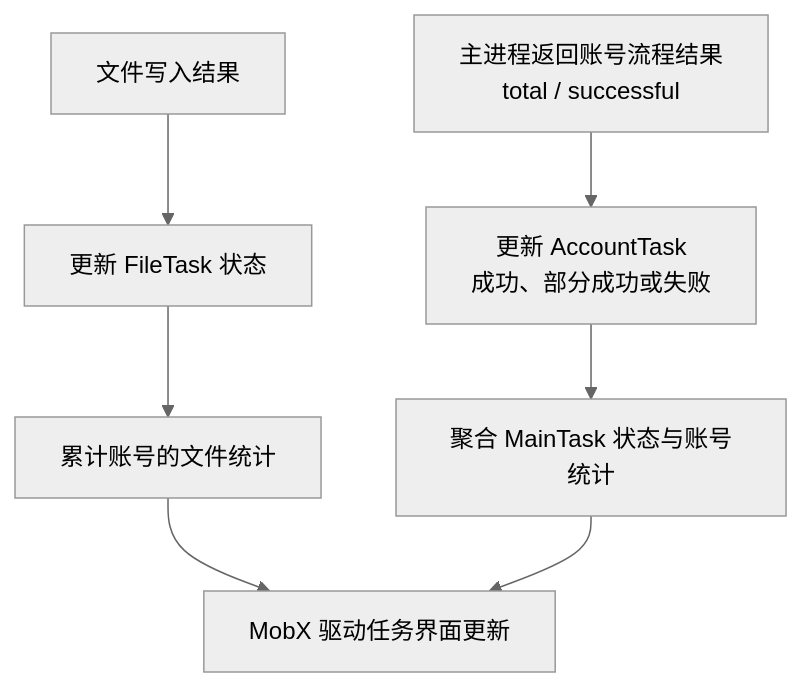
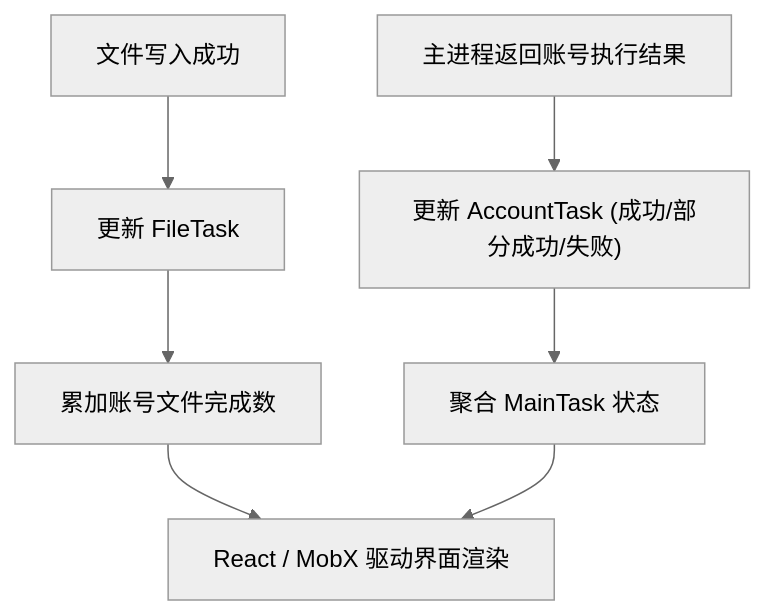
One commit to yyxTheOracle/MyBlog changed diagram 11 of 13 in source/_posts/2025-09-14-electron-tiangong.md. Above: the diagram before and after it, drawn with Mermaid (neutral theme). The commit also changed other lines of this file, not shown here.

````diff
--- a/source/_posts/2025-09-14-electron-tiangong.md
+++ b/source/_posts/2025-09-14-electron-tiangong.md
@@ -493,9 +392,9 @@
 ```mermaid
 flowchart TB
-    F["文件写入结果"] --> FS["更新 FileTask 状态"]
-    FS --> FC["累计账号的文件统计"]
-    R["主进程返回账号流程结果<br/>total / successful"] --> AS["更新 AccountTask<br/>成功、部分成功或失败"]
-    AS --> MS["聚合 MainTask 状态与账号统计"]
-    FC --> UI["MobX 驱动任务界面更新"]
+    F["文件写入成功"] --> FS["更新 FileTask"]
+    FS --> FC["累加账号文件完成数"]
+    R["主进程返回账号执行结果"] --> AS["更新 AccountTask (成功/部分成功/失败)"]
+    AS --> MS["聚合 MainTask 状态"]
+    FC --> UI["React / MobX 驱动界面渲染"]
     MS --> UI
 ```
````
